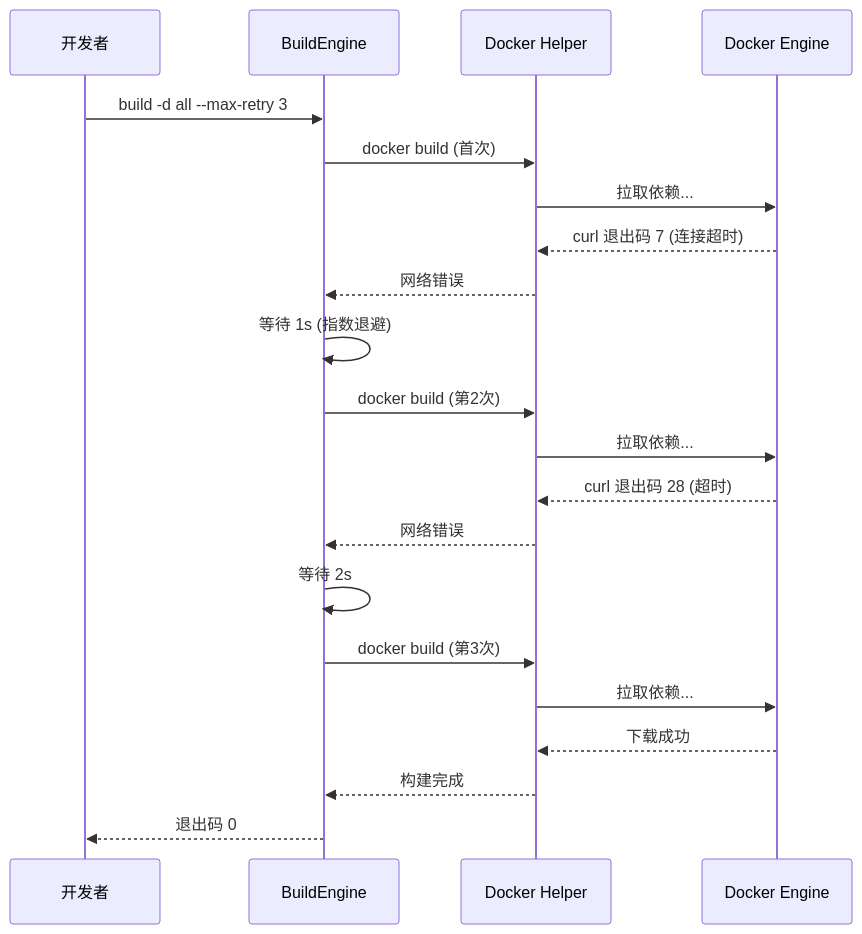
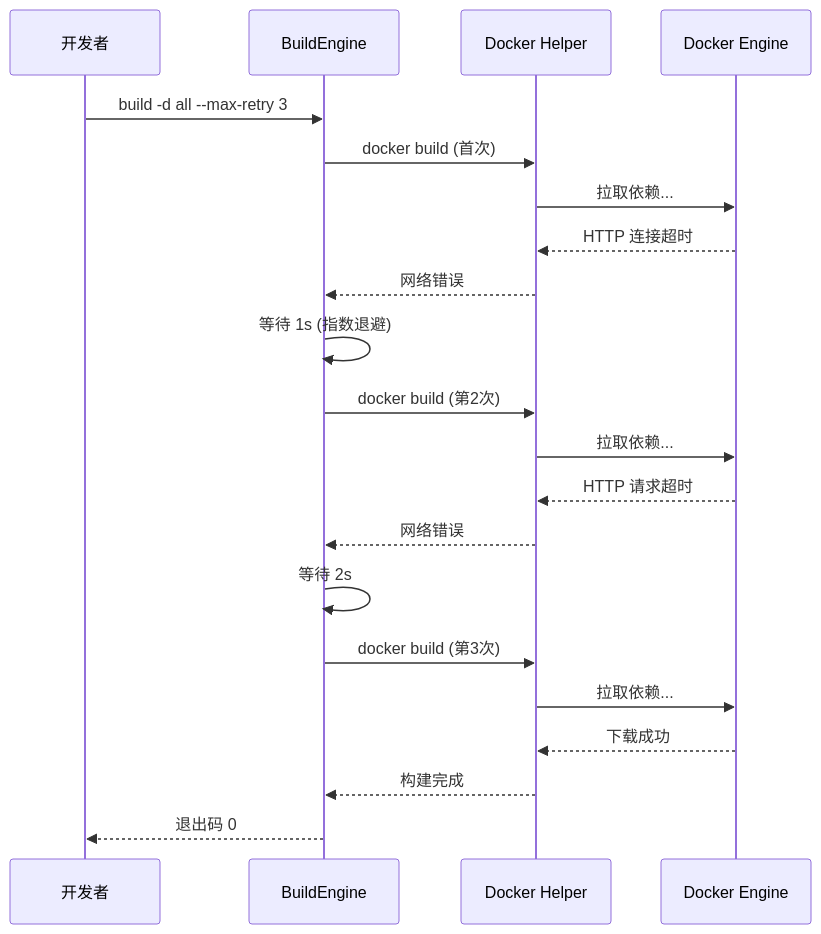
The fourth of 23 diagrams in docs/features/agent-forge/design.md (bianc2018/AgentForge), drawn with Mermaid before and after one commit. The commit also changed other lines of this file and 4 other files, not shown here.

````diff
--- a/docs/features/agent-forge/design.md
+++ b/docs/features/agent-forge/design.md
@@ -635,24 +635,24 @@
 ```mermaid
 sequenceDiagram
     participant Dev as 开发者
     participant BE as BuildEngine
     participant DH as Docker Helper
     participant DK as Docker Engine
 
     Dev->>BE: build -d all --max-retry 3
     BE->>DH: docker build (首次)
     DH->>DK: 拉取依赖...
-    DK-->>DH: curl 退出码 7 (连接超时)
+    DK-->>DH: HTTP 连接超时
     DH-->>BE: 网络错误
     BE->>BE: 等待 1s (指数退避)
     BE->>DH: docker build (第2次)
     DH->>DK: 拉取依赖...
-    DK-->>DH: curl 退出码 28 (超时)
+    DK-->>DH: HTTP 请求超时
     DH-->>BE: 网络错误
     BE->>BE: 等待 2s
     BE->>DH: docker build (第3次)
     DH->>DK: 拉取依赖...
     DK-->>DH: 下载成功
     DH-->>BE: 构建完成
     BE-->>Dev: 退出码 0
 ```
````
